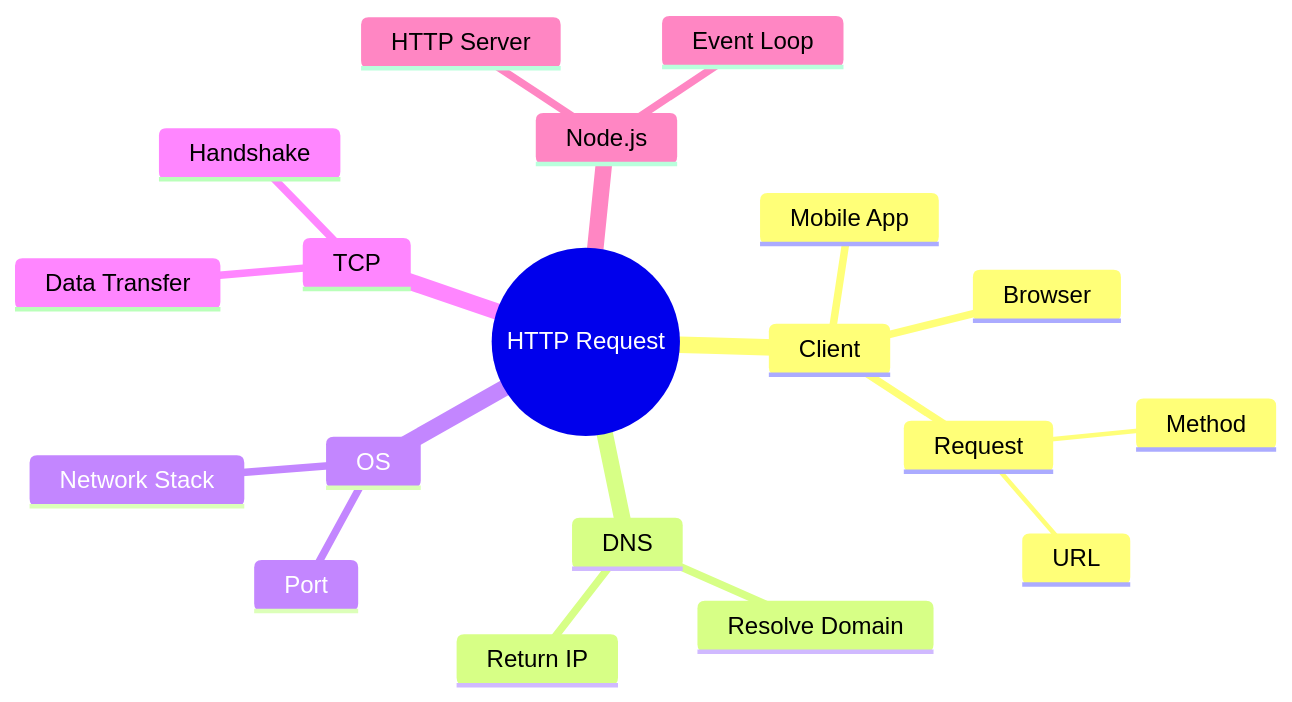
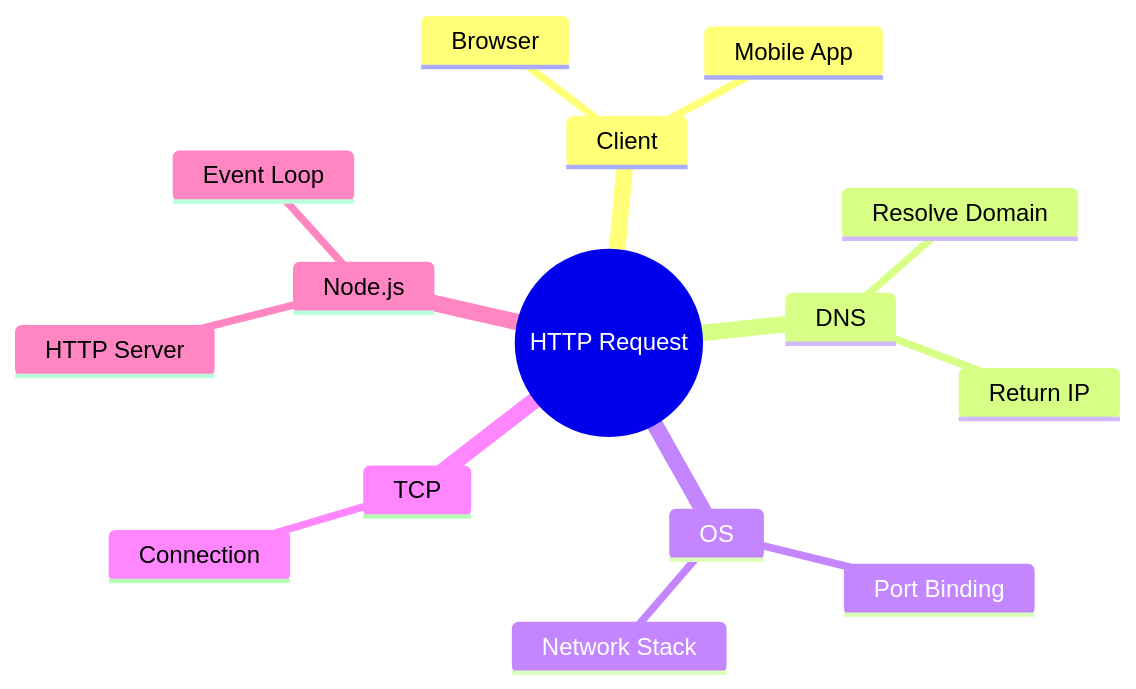
One commit to PrajwalAmbekar/Backend-Learning changed the second of 4 diagrams in HTTP_Lifecycle/http_req_res_lifecycle.md. Above: the diagram before and after it, drawn with Mermaid. The commit also changed other lines of this file, not shown here.

Commit message:
created the md file for http-request-response-lifecycle

````diff
--- a/HTTP_Lifecycle/http_req_res_lifecycle.md
+++ b/HTTP_Lifecycle/http_req_res_lifecycle.md
@@ -30,22 +31,18 @@
 ```mermaid
 mindmap
   root((HTTP Request))
     Client
       Browser
       Mobile App
-      Request
-        URL
-        Method
     DNS
       Resolve Domain
       Return IP
     OS
-      Port
+      Port Binding
       Network Stack
     TCP
-      Handshake
-      Data Transfer
+      Connection
     Node.js
       HTTP Server
       Event Loop
 ```
````
